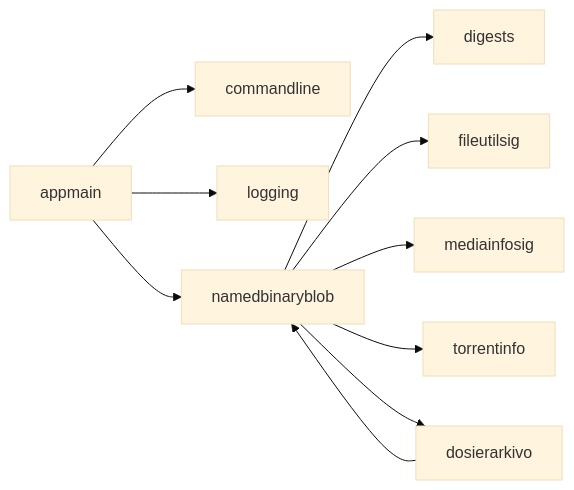
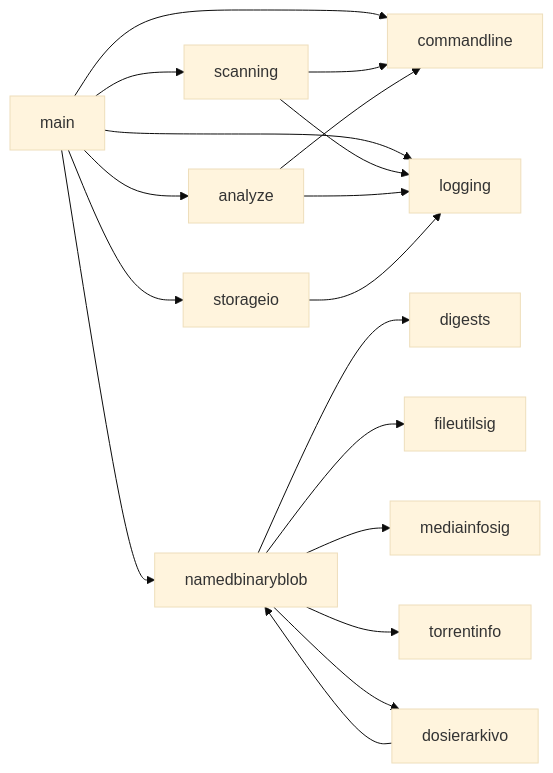
One commit to cschlote/DosierSkanilo changed the third of 3 diagrams in docs/ARCHITECTURE.md. Above: the diagram before and after it, drawn with Mermaid (base theme). The commit also changed other lines of this file and 3 other files, not shown here.

````diff
--- a/docs/ARCHITECTURE.md
+++ b/docs/ARCHITECTURE.md
@@ -167,14 +167,23 @@
 ```mermaid
 flowchart LR
-    appmain --> commandline
-    appmain --> logging
-    appmain --> namedbinaryblob
+  main --> commandline
+  main --> logging
+  main --> scanning
+  main --> storageio
+  main --> analyze
+  main --> namedbinaryblob
+
+    scanning --> commandline
+    scanning --> logging
+    analyze --> commandline
+    analyze --> logging
+    storageio --> logging
 
     namedbinaryblob --> digests
     namedbinaryblob --> fileutilsig
     namedbinaryblob --> mediainfosig
     namedbinaryblob --> torrentinfo
     namedbinaryblob --> dosierarkivo
 
     dosierarkivo --> namedbinaryblob
 ```
````
